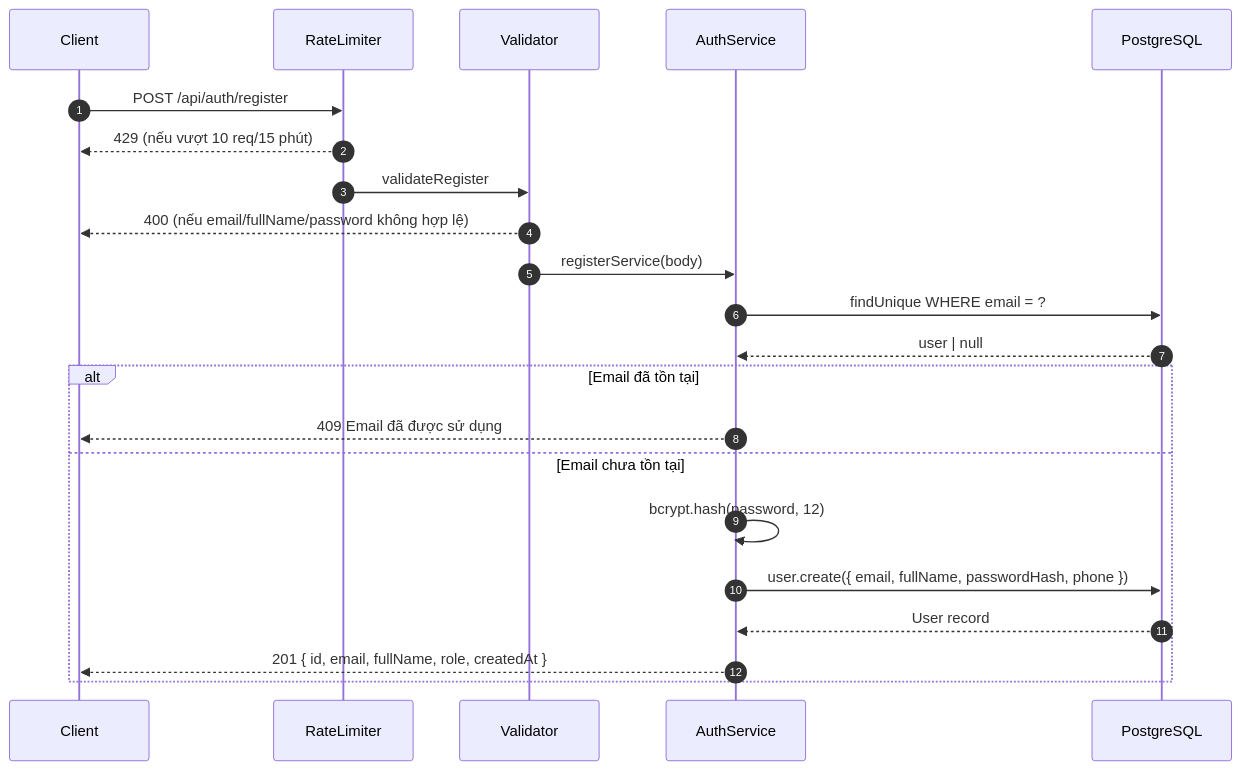
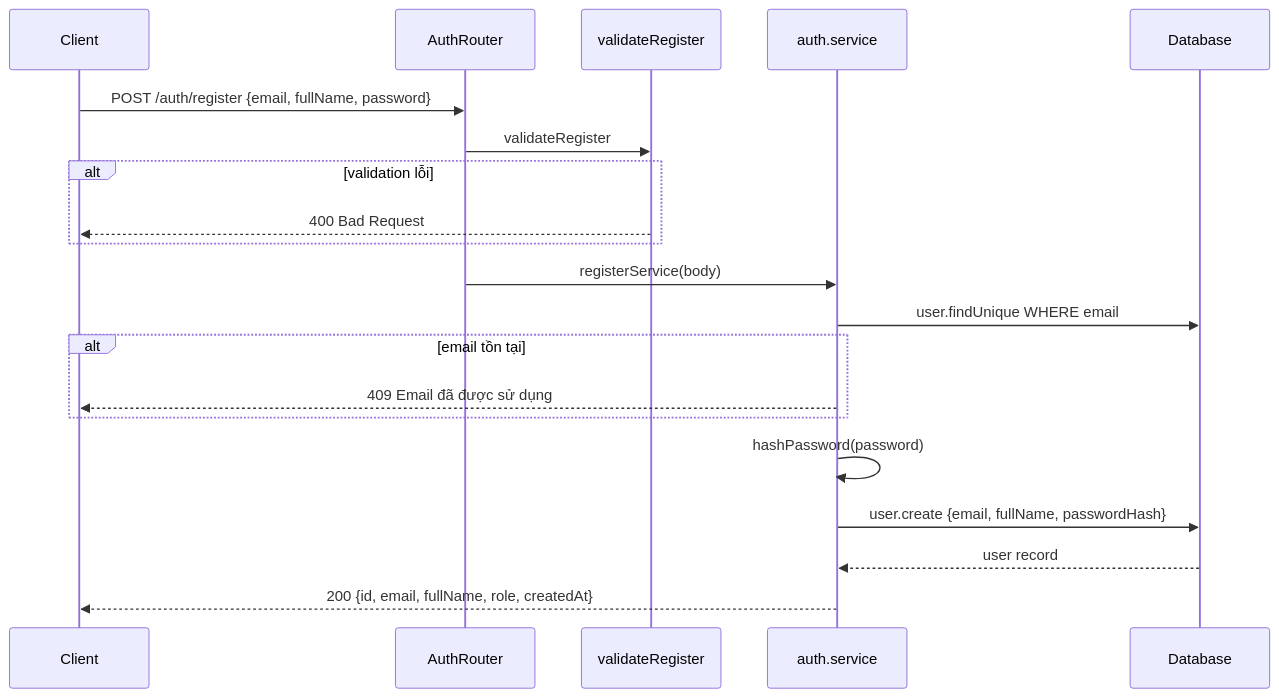
The first of 7 diagrams in docs/Auth/SequenceDiagram.md (phamvinh203/mobivexa), drawn with Mermaid before and after one commit. The commit also changed other lines of this file and 79 other files, not shown here.

Commit message:
📜 Add documentation for Inventory and Favorite modules including Use Cases, API Specifications, and Activity Diagrams

````diff
--- a/docs/Auth/SequenceDiagram.md
+++ b/docs/Auth/SequenceDiagram.md
@@ -13,25 +11,23 @@
 ```mermaid
 sequenceDiagram
-    autonumber
     participant C as Client
-    participant RL as RateLimiter
-    participant V as Validator
-    participant S as AuthService
-    participant DB as PostgreSQL
+    participant R as AuthRouter
+    participant V as validateRegister
+    participant S as auth.service
+    participant DB as Database
 
-    C->>RL: POST /api/auth/register
-    RL-->>C: 429 (nếu vượt 10 req/15 phút)
-    RL->>V: validateRegister
-    V-->>C: 400 (nếu email/fullName/password không hợp lệ)
-    V->>S: registerService(body)
-    S->>DB: findUnique WHERE email = ?
-    DB-->>S: user | null
-    alt Email đã tồn tại
+    C->>R: POST /auth/register {email, fullName, password}
+    R->>V: validateRegister
+    alt validation lỗi
+        V-->>C: 400 Bad Request
+    end
+    R->>S: registerService(body)
+    S->>DB: user.findUnique WHERE email
+    alt email tồn tại
         S-->>C: 409 Email đã được sử dụng
-    else Email chưa tồn tại
-        S->>S: bcrypt.hash(password, 12)
-        S->>DB: user.create({ email, fullName, passwordHash, phone })
-        DB-->>S: User record
-        S-->>C: 201 { id, email, fullName, role, createdAt }
     end
+    S->>S: hashPassword(password)
+    S->>DB: user.create {email, fullName, passwordHash}
+    DB-->>S: user record
+    S-->>C: 200 {id, email, fullName, role, createdAt}
 ```
````
